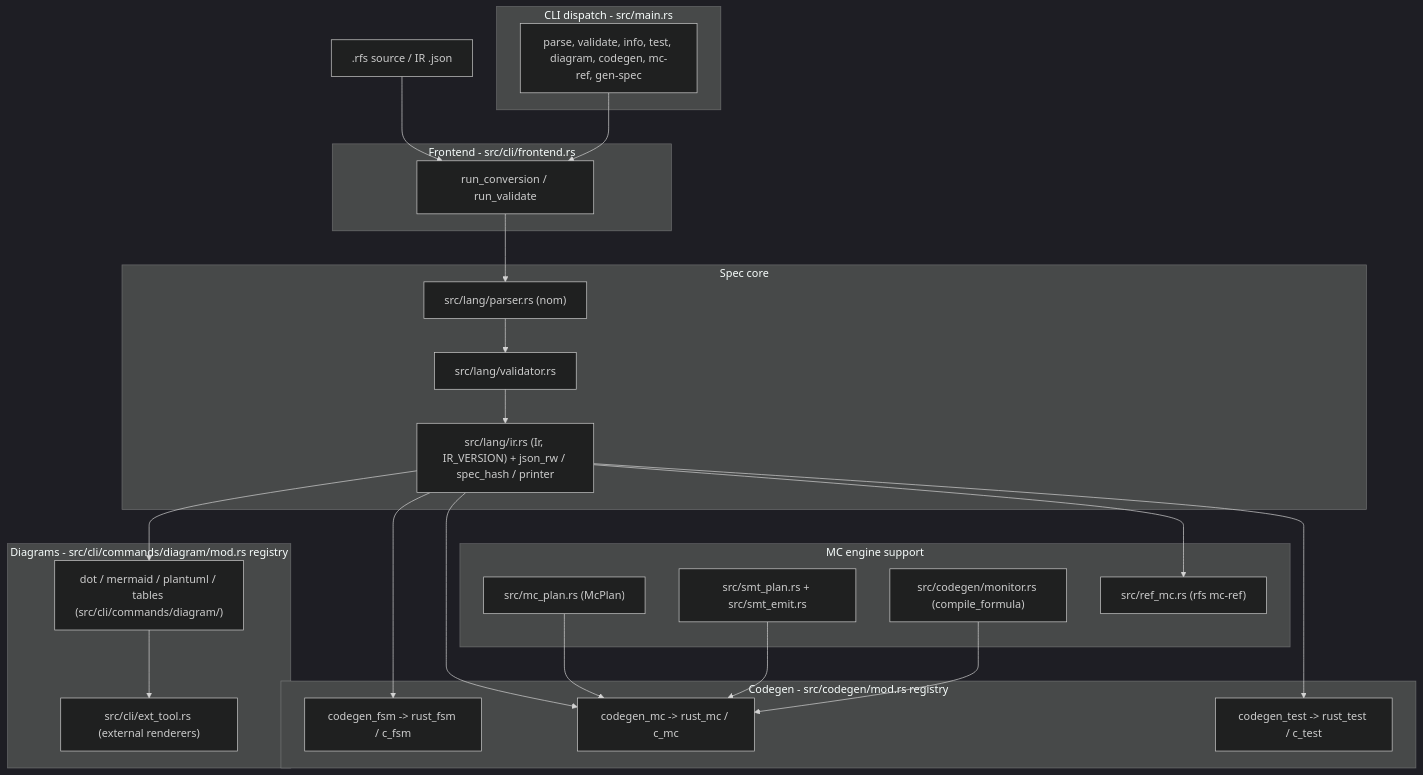
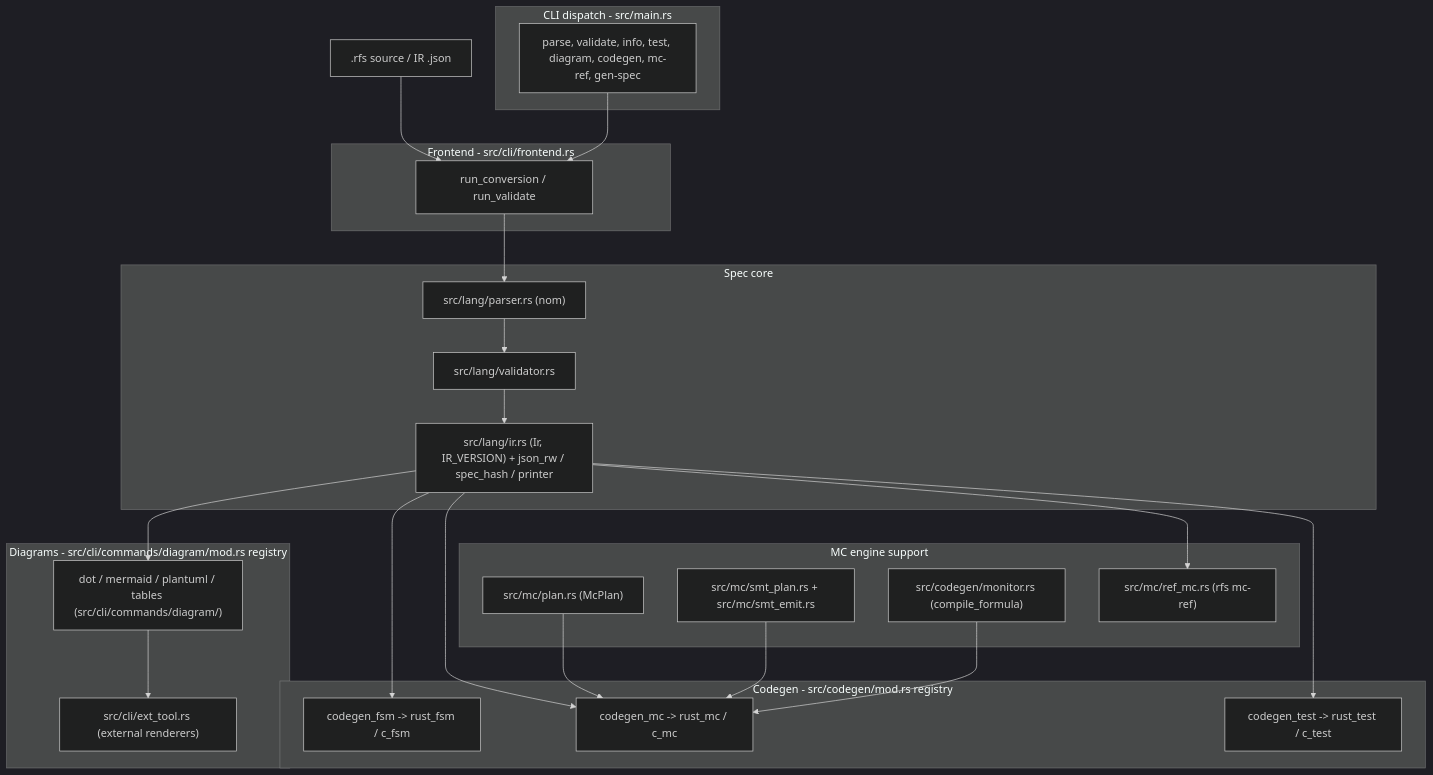
Before and after one commit to vasil-sd/RFS: the first of 2 diagrams in docs/dev/ARCHITECTURE.md, drawn with Mermaid (dark theme). The commit also changed other lines of this file and 47 other files, not shown here.

````diff
--- a/docs/dev/ARCHITECTURE.md
+++ b/docs/dev/ARCHITECTURE.md
@@ -59,51 +59,51 @@
 ```mermaid
 flowchart TD
     IN[".rfs source / IR .json"]
 
     subgraph CLI["CLI dispatch - src/main.rs"]
         CMD["parse, validate, info, test, diagram, codegen, mc-ref, gen-spec"]
     end
 
     subgraph FE["Frontend - src/cli/frontend.rs"]
         CONV["run_conversion / run_validate"]
     end
 
     subgraph CORE["Spec core"]
         PARSER["src/lang/parser.rs (nom)"]
         VALID["src/lang/validator.rs"]
         IR["src/lang/ir.rs (Ir, IR_VERSION) + json_rw / spec_hash / printer"]
     end
 
     subgraph GEN["Codegen - src/codegen/mod.rs registry"]
         FSM["codegen_fsm -> rust_fsm / c_fsm"]
         MC["codegen_mc -> rust_mc / c_mc"]
         TEST["codegen_test -> rust_test / c_test"]
     end
 
     subgraph MCE["MC engine support"]
-        MCP["src/mc_plan.rs (McPlan)"]
-        SMT["src/smt_plan.rs + src/smt_emit.rs"]
+        MCP["src/mc/plan.rs (McPlan)"]
+        SMT["src/mc/smt_plan.rs + src/mc/smt_emit.rs"]
         MON["src/codegen/monitor.rs (compile_formula)"]
-        REF["src/ref_mc.rs (rfs mc-ref)"]
+        REF["src/mc/ref_mc.rs (rfs mc-ref)"]
     end
 
     subgraph DIAG["Diagrams - src/cli/commands/diagram/mod.rs registry"]
         PLUG["dot / mermaid / plantuml / tables (src/cli/commands/diagram/)"]
         EXT["src/cli/ext_tool.rs (external renderers)"]
     end
 
     IN --> CONV
     CMD --> CONV
     CONV --> PARSER
     PARSER --> VALID
     VALID --> IR
     IR --> FSM
     IR --> MC
     IR --> TEST
     IR --> PLUG
     MCP --> MC
     SMT --> MC
     MON --> MC
     IR --> REF
     PLUG --> EXT
 ```
````
